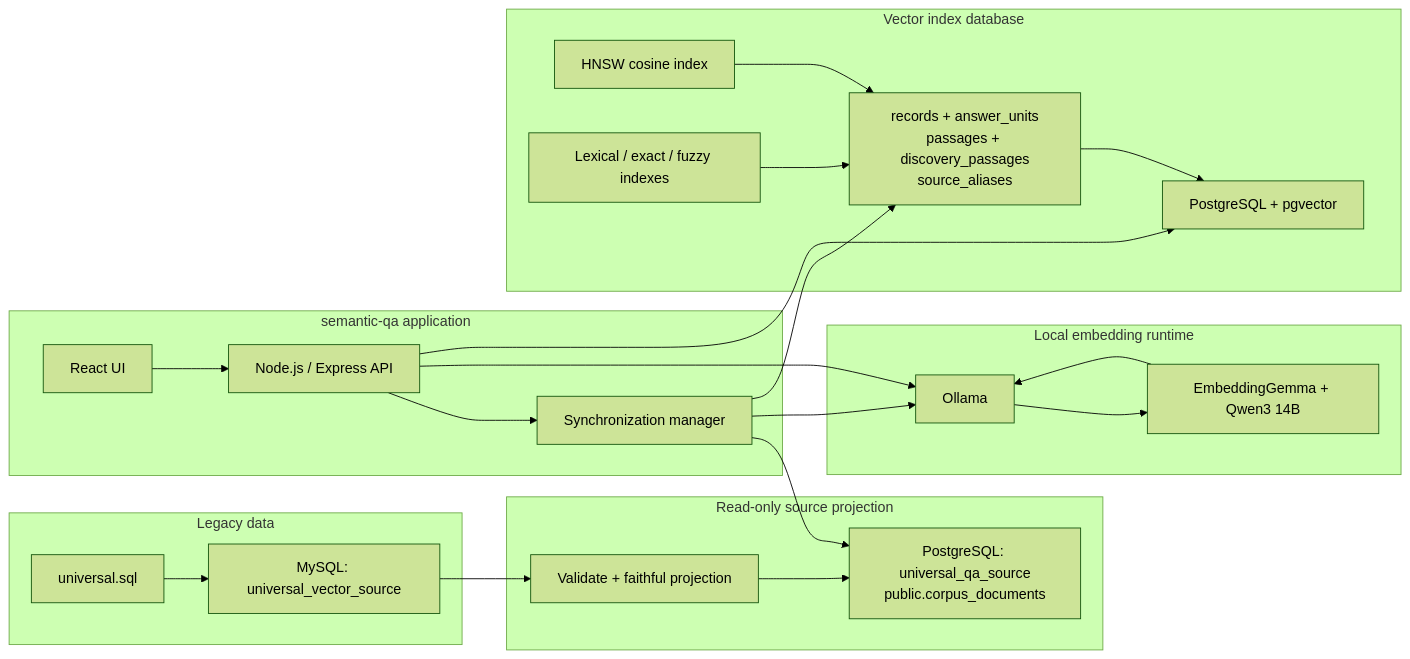
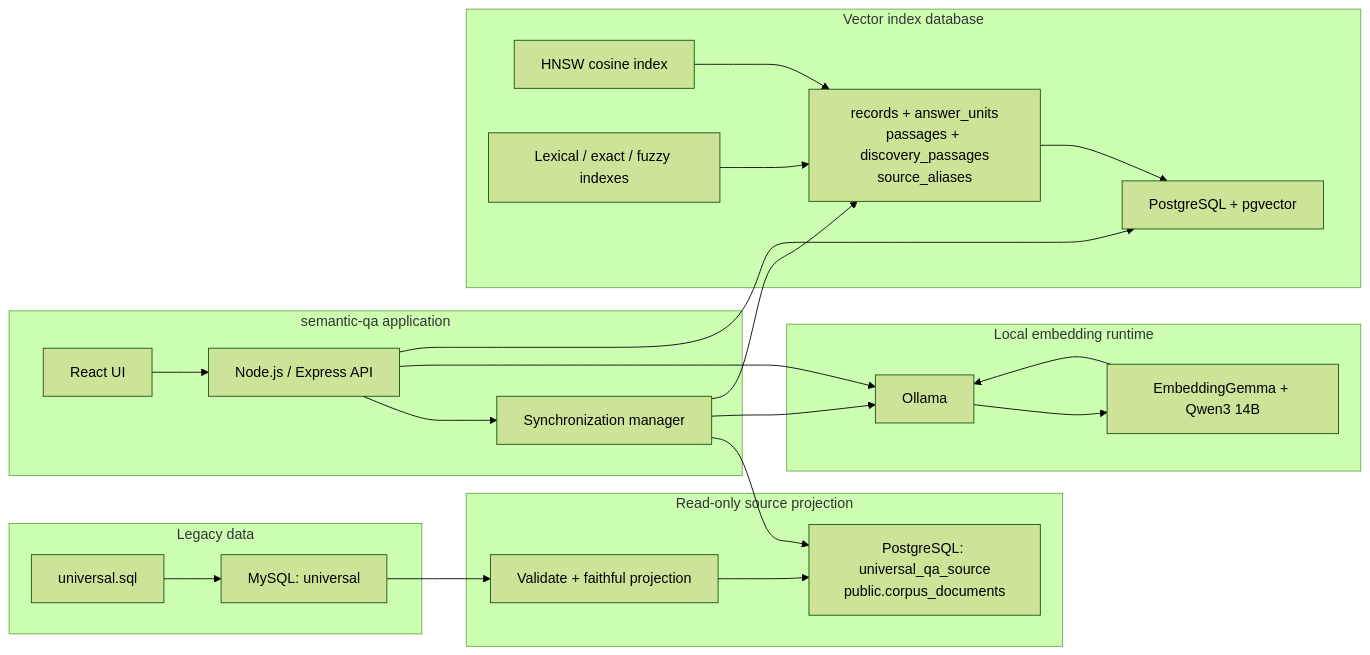
Before and after one commit to Ramakanth001/tools: the first of 4 diagrams in semantic-qa/ARCHITECTURE.md, drawn with Mermaid (forest theme). The commit also changed other lines of this file and 3 other files, not shown here.

Commit message:
docs(corpus): document data engineering flow audit and v5 verified state

````diff
--- a/semantic-qa/ARCHITECTURE.md
+++ b/semantic-qa/ARCHITECTURE.md
@@ -45,46 +45,46 @@
 ```mermaid
 flowchart LR
     subgraph Legacy["Legacy data"]
         SQL["universal.sql"]
-        MYSQL["MySQL: universal_vector_source"]
+        MYSQL["MySQL: universal"]
     end
 
     subgraph Source["Read-only source projection"]
         IMPORT["Validate + faithful projection"]
         PG_SOURCE["PostgreSQL: universal_qa_source\npublic.corpus_documents"]
     end
 
     subgraph App["semantic-qa application"]
         UI["React UI"]
         API["Node.js / Express API"]
         SYNC["Synchronization manager"]
     end
 
     subgraph Embeddings["Local embedding runtime"]
         OLLAMA["Ollama"]
         MODEL["EmbeddingGemma + Qwen3 14B"]
     end
 
     subgraph Index["Vector index database"]
         PGVECTOR["PostgreSQL + pgvector"]
         RECORDS["records + answer_units\npassages + discovery_passages\nsource_aliases"]
         HNSW["HNSW cosine index"]
         GIN["Lexical / exact / fuzzy indexes"]
     end
 
     SQL --> MYSQL
     MYSQL --> IMPORT
     IMPORT --> PG_SOURCE
     UI --> API
     API --> SYNC
     SYNC --> PG_SOURCE
     SYNC --> OLLAMA
     OLLAMA --> MODEL
     MODEL --> OLLAMA
     SYNC --> RECORDS
     RECORDS --> PGVECTOR
     HNSW --> RECORDS
     GIN --> RECORDS
     API --> OLLAMA
     API --> PGVECTOR
 ```
````
